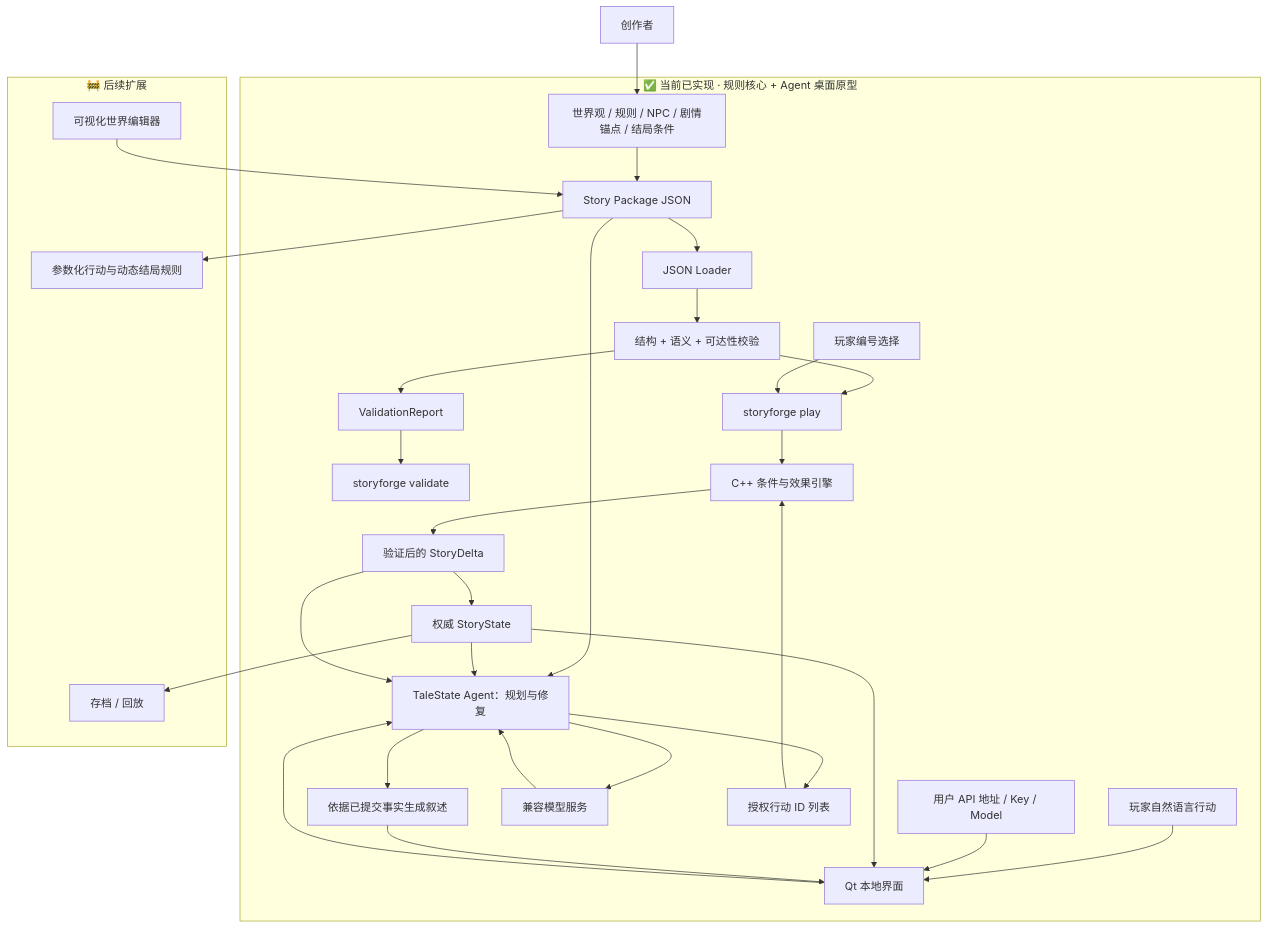
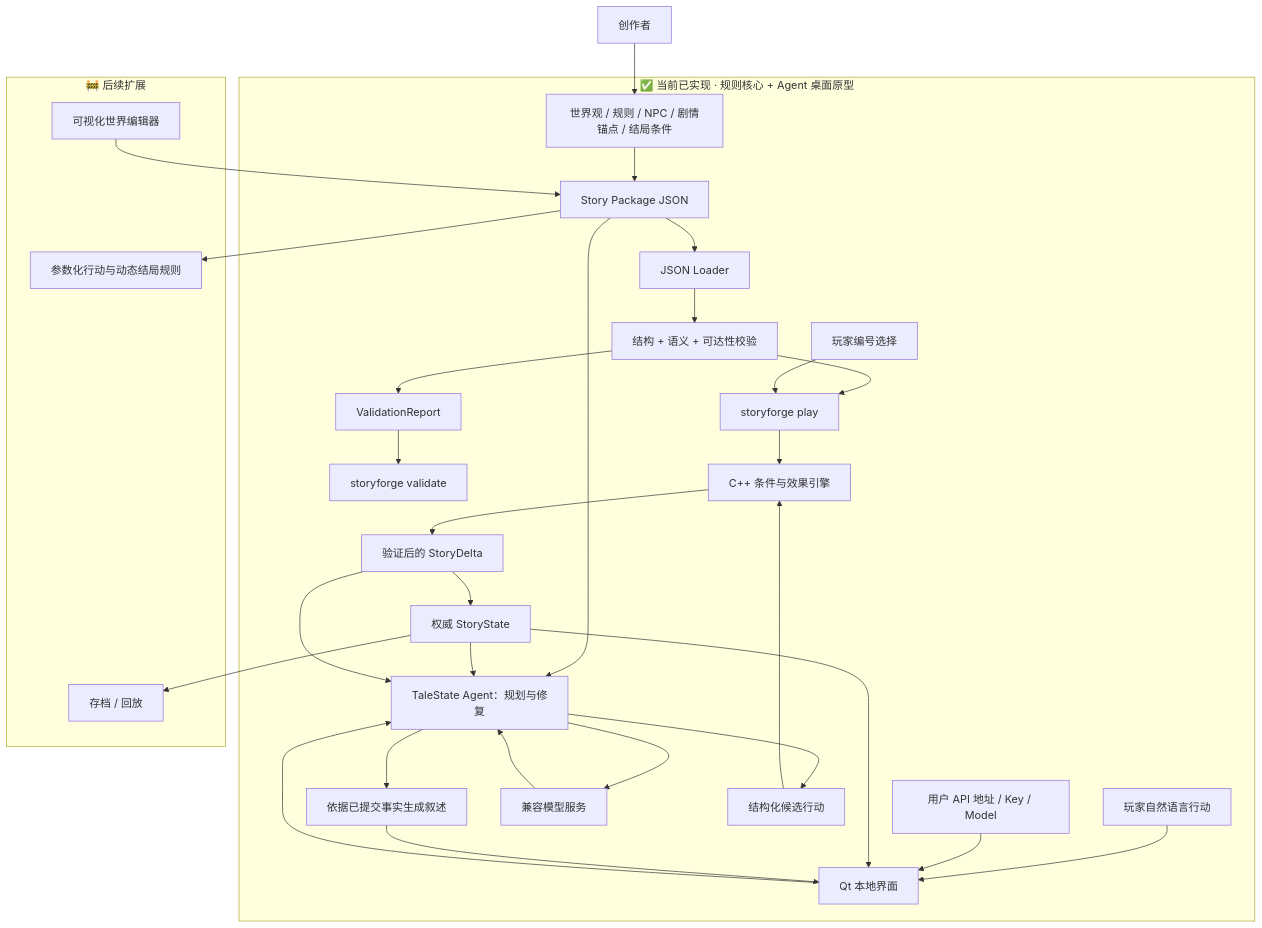
The diagram in README.md (stellablack528/talestate-cpp), drawn with Mermaid before and after one commit. The commit also changed other lines of this file and 2 other files, not shown here.

````diff
--- a/README.md
+++ b/README.md
@@ -134,36 +138,36 @@
 ```mermaid
 flowchart TD
     Creator["创作者"] --> World["世界观 / 规则 / NPC / 剧情锚点 / 结局条件"]
 
     subgraph Current ["✅ 当前已实现 · 规则核心 + Agent 桌面原型"]
         World --> Package["Story Package JSON"]
         Package --> Loader["JSON Loader"]
         Loader --> Validation["结构 + 语义 + 可达性校验"]
         Validation --> Report["ValidationReport"]
         Report --> ValidateCLI["storyforge validate"]
         Validation --> PlayCLI["storyforge play"]
         PlayerChoice["玩家编号选择"] --> PlayCLI
         Player["玩家自然语言行动"] --> Desktop["Qt 本地界面"]
         Config["用户 API 地址 / Key / Model"] --> Desktop
         Desktop --> Agent["TaleState Agent：规划与修复"]
         Agent --> Provider["兼容模型服务"]
         Provider --> Agent
         Package --> Agent
-        Agent --> Candidate["授权行动 ID 列表"]
+        Agent --> Candidate["结构化候选行动"]
         Candidate --> Runtime["C++ 条件与效果引擎"]
         PlayCLI --> Runtime
         Runtime --> Delta["验证后的 StoryDelta"]
         Delta --> State["权威 StoryState"]
         State --> Agent
         State --> Desktop
         Delta --> Agent
         Agent --> Narrative["依据已提交事实生成叙述"]
         Narrative --> Desktop
     end
 
     subgraph Target ["🚧 后续扩展"]
         AuthorUI["可视化世界编辑器"] --> Package
         State --> Save["存档 / 回放"]
         Package --> RichRules["参数化行动与动态结局规则"]
     end
 ```
````
